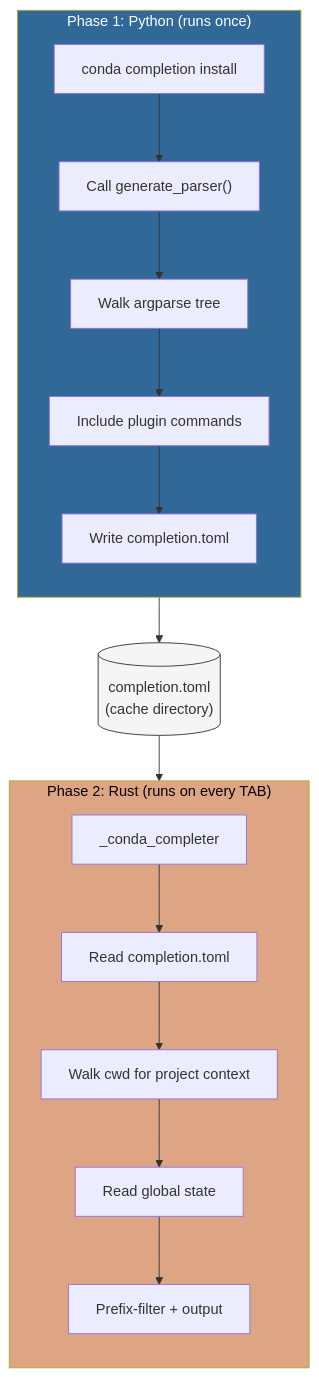
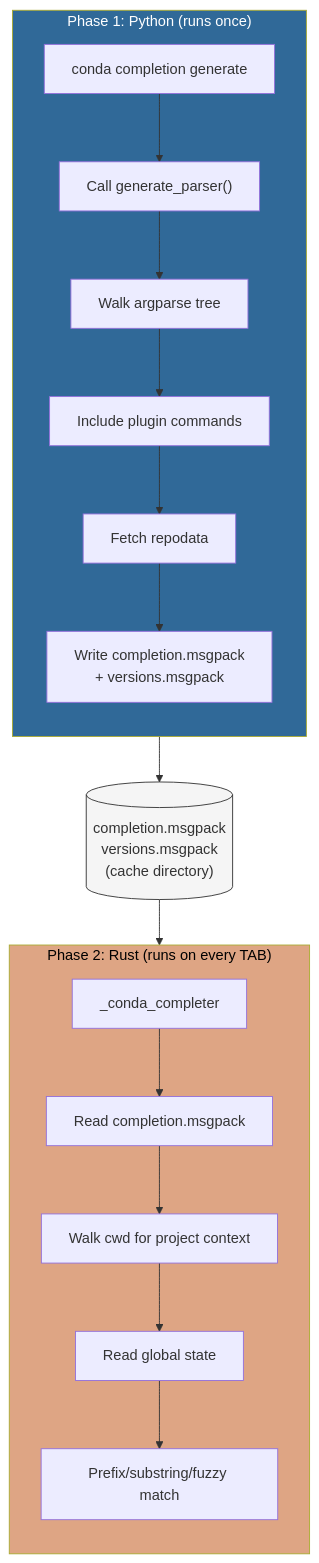
Before and after one commit to conda-incubator/conda-completion: the diagram in docs/explanation/architecture.md, drawn with Mermaid. The commit also changed other lines of this file and 14 other files, not shown here.

````diff
--- a/docs/explanation/architecture.md
+++ b/docs/explanation/architecture.md
@@ -9,26 +9,27 @@
 ```{mermaid}
 flowchart TD
     subgraph python ["Phase 1: Python (runs once)"]
         direction TB
-        A["conda completion install"] --> B["Call generate_parser()"]
+        A["conda completion generate"] --> B["Call generate_parser()"]
         B --> C["Walk argparse tree"]
         C --> D["Include plugin commands"]
-        D --> E["Write completion.toml"]
+        D --> D2["Fetch repodata"]
+        D2 --> E["Write completion.msgpack\n+ versions.msgpack"]
     end
 
-    E --> F[("completion.toml\n(cache directory)")]
+    E --> F[("completion.msgpack\nversions.msgpack\n(cache directory)")]
 
     subgraph rust ["Phase 2: Rust (runs on every TAB)"]
         direction TB
-        G["_conda_completer"] --> H["Read completion.toml"]
+        G["_conda_completer"] --> H["Read completion.msgpack"]
         H --> I["Walk cwd for project context"]
         I --> J["Read global state"]
-        J --> K["Prefix-filter + output"]
+        J --> K["Prefix/substring/fuzzy match"]
     end
 
     F --> G
 
     style python fill:#306998,color:#fff
     style rust fill:#dea584,color:#000
     style F fill:#f5f5f5,stroke:#333
 ```
````
